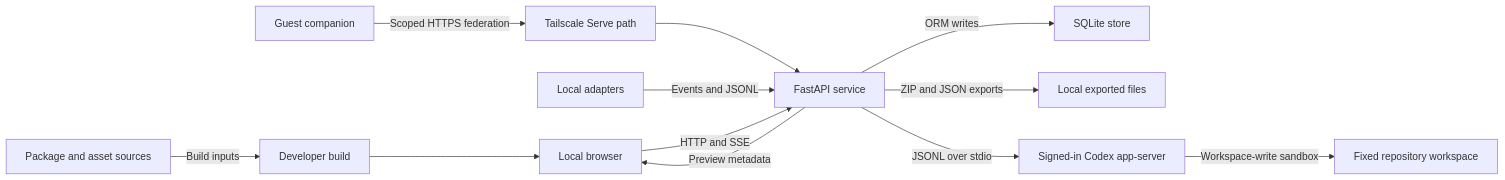
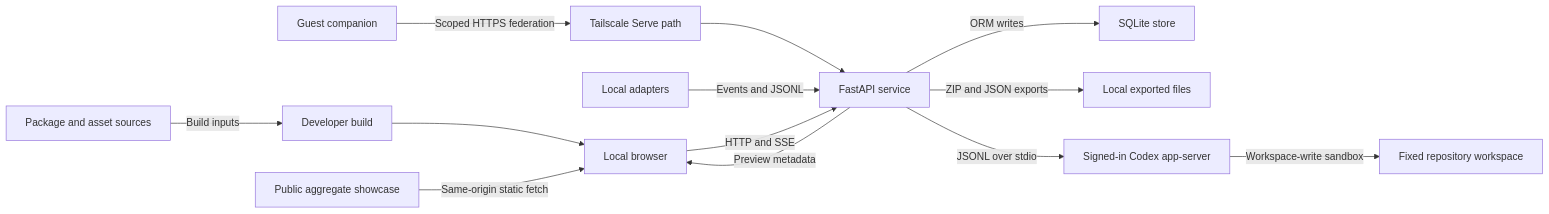
One commit to Paureel/evolastra changed the diagram in docs/security/threat-model.md. Above: the diagram before and after it, drawn with Mermaid. The commit also changed other lines of this file and 58 other files, not shown here.

First line of the commit message:
feat: ship secure public showcase

````diff
--- a/docs/security/threat-model.md
+++ b/docs/security/threat-model.md
@@ -65,17 +75,18 @@
 ```mermaid
 flowchart LR
     accTitle: Evolastra Trust Boundaries
     accDescr: Local browsers and adapters communicate with the loopback companion, which writes local storage and dispatches bounded missions to signed-in Codex over stdio, while external package sources are confined to the developer build path.
 
     browser["Local browser"] -->|HTTP and SSE| companion["FastAPI service"]
     adapters["Local adapters"] -->|Events and JSONL| companion
     companion -->|ORM writes| database["SQLite store"]
     companion -->|Preview metadata| browser
     companion -->|ZIP and JSON exports| exports["Local exported files"]
     companion -->|JSONL over stdio| codex["Signed-in Codex app-server"]
     codex -->|Workspace-write sandbox| workspace["Fixed repository workspace"]
     guest["Guest companion"] -->|Scoped HTTPS federation| tailnet["Tailscale Serve path"]
     tailnet --> companion
     sources["Package and asset sources"] -->|Build inputs| build["Developer build"]
     build --> browser
+    public_demo["Public aggregate showcase"] -->|Same-origin static fetch| browser
 ```
````
